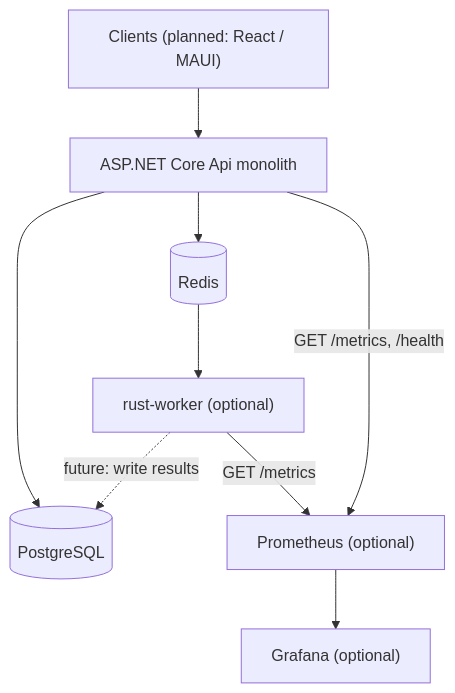
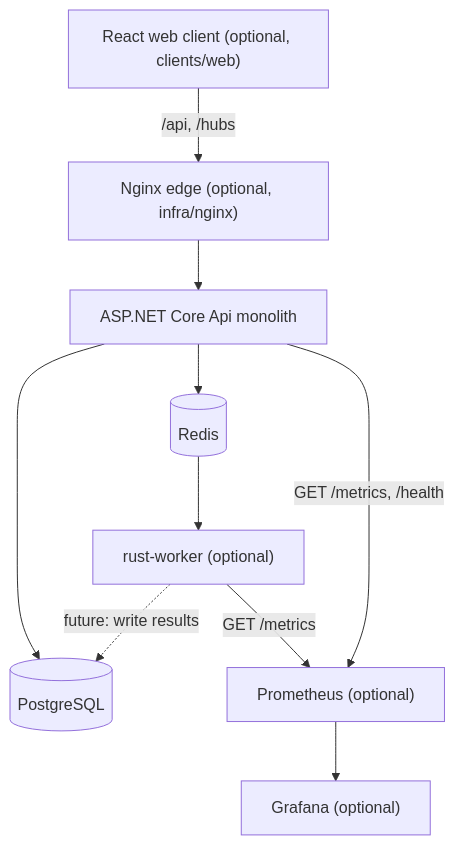
The first of 2 diagrams in docs/ARCHITECTURE.md (Atsilut/Tangle-study), drawn with Mermaid before and after one commit. The commit also changed other lines of this file and 3 other files, not shown here.

First line of the commit message:
docs: document Phase 6 web client and Nginx edge

````diff
--- a/docs/ARCHITECTURE.md
+++ b/docs/ARCHITECTURE.md
@@ -13,19 +13,21 @@
 ```mermaid
 flowchart TB
-  Clients["Clients (planned: React / MAUI)"]
+  Web["React web client (optional, clients/web)"]
+  Nginx["Nginx edge (optional, infra/nginx)"]
   API["ASP.NET Core Api monolith"]
   PG[(PostgreSQL)]
   Redis[(Redis)]
   Worker["rust-worker (optional)"]
   Prom["Prometheus (optional)"]
   Graf["Grafana (optional)"]
 
-  Clients --> API
+  Web -->|"/api, /hubs"| Nginx
+  Nginx --> API
   API --> PG
   API --> Redis
   Redis --> Worker
   Worker -.->|"future: write results"| PG
   API -->|"GET /metrics, /health"| Prom
   Worker -->|"GET /metrics"| Prom
   Prom --> Graf
 ```
````
